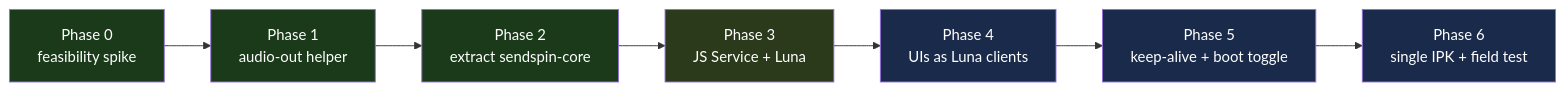
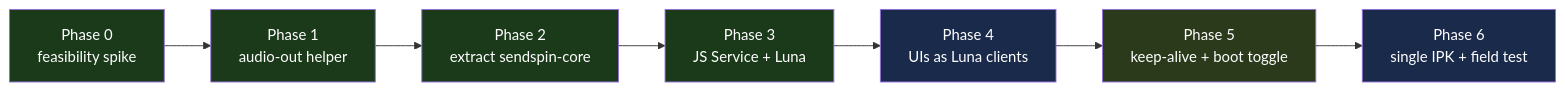
Before and after one commit to daredoes/sendspin-webos: the first of 2 diagrams in docs/PROGRESS.md, drawn with Mermaid. The commit also changed other lines of this file and 1 other file, not shown here.

````diff
--- a/docs/PROGRESS.md
+++ b/docs/PROGRESS.md
@@ -13,17 +13,17 @@
 ```mermaid
 flowchart LR
     P0[Phase 0<br/>feasibility spike] --> P1[Phase 1<br/>audio-out helper]
     P1 --> P2[Phase 2<br/>extract sendspin-core]
     P2 --> P3[Phase 3<br/>JS Service + Luna]
     P3 --> P4[Phase 4<br/>UIs as Luna clients]
     P4 --> P5[Phase 5<br/>keep-alive + boot toggle]
     P5 --> P6[Phase 6<br/>single IPK + field test]
 
     style P0 fill:#1a3a1a,color:#fff
     style P1 fill:#1a3a1a,color:#fff
     style P2 fill:#1a3a1a,color:#fff
-    style P3 fill:#2a3a1a,color:#fff
+    style P3 fill:#1a3a1a,color:#fff
     style P4 fill:#1a2a4a,color:#fff
-    style P5 fill:#1a2a4a,color:#fff
+    style P5 fill:#2a3a1a,color:#fff
     style P6 fill:#1a2a4a,color:#fff
 ```
````
